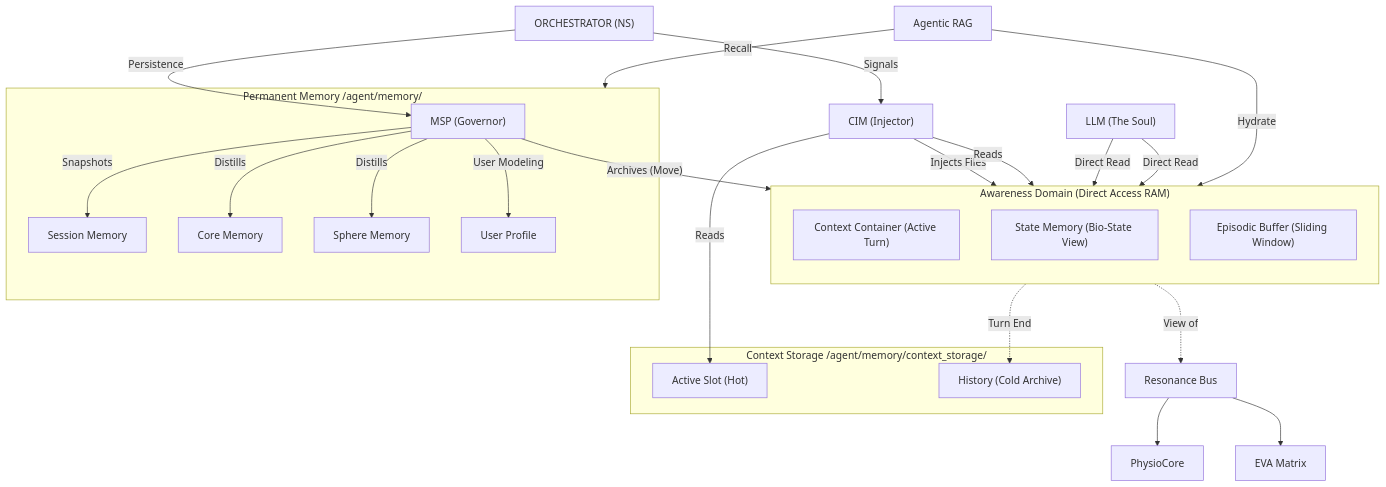
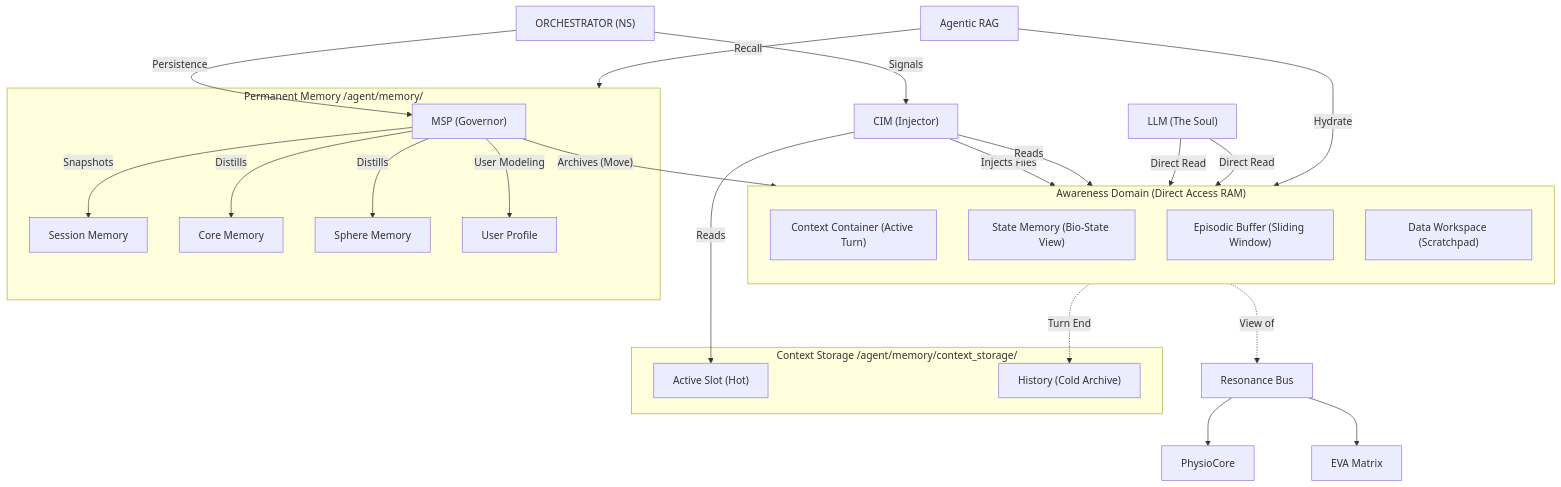
The diagram in docs/03_Architecture/EVA_System_Storage_ERD.md (Freshair129/agentic_agent), drawn with Mermaid before and after one commit. The commit also changed other lines of this file and 7 other files, not shown here.

Commit message:
[Checkpoint] Implemented consciousness/data runtime workspace and synchronized documentation.

````diff
--- a/docs/03_Architecture/EVA_System_Storage_ERD.md
+++ b/docs/03_Architecture/EVA_System_Storage_ERD.md
@@ -13,49 +13,50 @@
 ```mermaid
 flowchart TD
     %% Controllers
     ORCHESTRATOR["ORCHESTRATOR (NS)"] -- "Signals" --> CIM["CIM (Injector)"]
     ORCHESTRATOR -- "Persistence" --> MSP["MSP (Governor)"]
     
     %% Working Memory (Consciousness)
     subgraph Consciousness ["Awareness Domain (Direct Access RAM)"]
         direction TB
         CONTAINER["Context Container (Active Turn)"]
         STATE_MEM["State Memory (Bio-State View)"]
         EPISODIC["Episodic Buffer (Sliding Window)"]
+        DATA_MEM["Data Workspace (Scratchpad)"]
     end
 
     %% Context Storage (Persistent)
     subgraph ContextStorage ["Context Storage /agent/memory/context_storage/"]
         ACTIVE_SLOT["Active Slot (Hot)"]
         HISTORY_SLOT["History (Cold Archive)"]
     end
     
     %% Flow
     CIM -- "Injects Files" --> CONTAINER
     CIM -- "Reads" --> ACTIVE_SLOT
     CIM -- "Reads" --> EPISODIC
     
     LLM["LLM (The Soul)"] -- "Direct Read" --> CONTAINER
     LLM -- "Direct Read" --> STATE_MEM
     
     %% Archival Interaction
     MSP -- "Archives (Move)" --> CONTAINER
     CONTAINER -.->|Turn End| HISTORY_SLOT
 
     %% Long-Term Memory (LTM) Hierarchy
     subgraph LTM ["Permanent Memory /agent/memory/"]
         MSP -- "Snapshots" --> SESSION_MEM["Session Memory"]
         MSP -- "Distills" --> CORE_MEM["Core Memory"]
         MSP -- "Distills" --> SPHERE_MEM["Sphere Memory"]
         MSP -- "User Modeling" --> USER_MEM["User Profile"]
     end
 
     %% Systems Interaction
     STATE_MEM -.->|View of| BUS["Resonance Bus"]
     BUS --> PHYSIO["PhysioCore"]
     BUS --> MATRIX["EVA Matrix"]
 
     %% Retrieval Logic
     AGENTIC_RAG["Agentic RAG"] -- "Recall" --> LTM
     AGENTIC_RAG -- "Hydrate" --> CONTAINER
 ```
````
